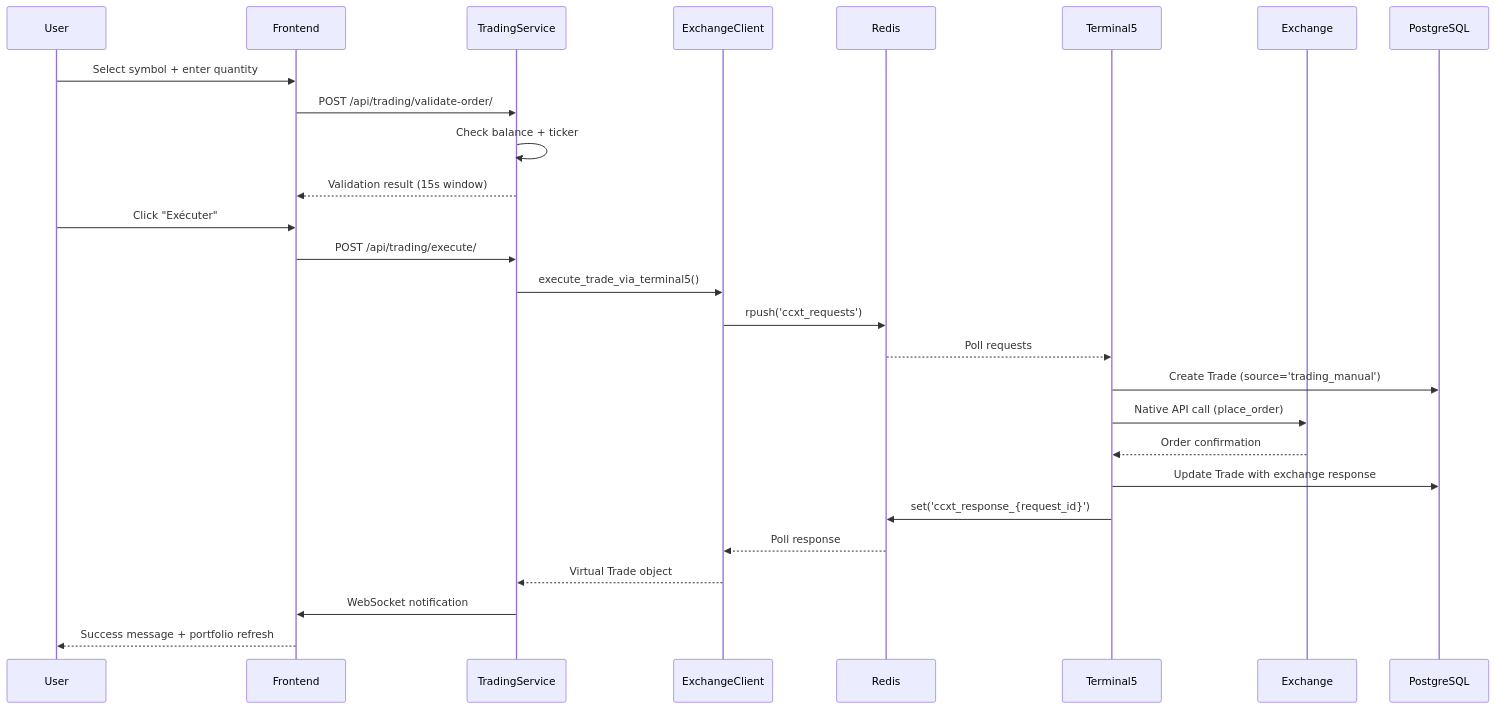
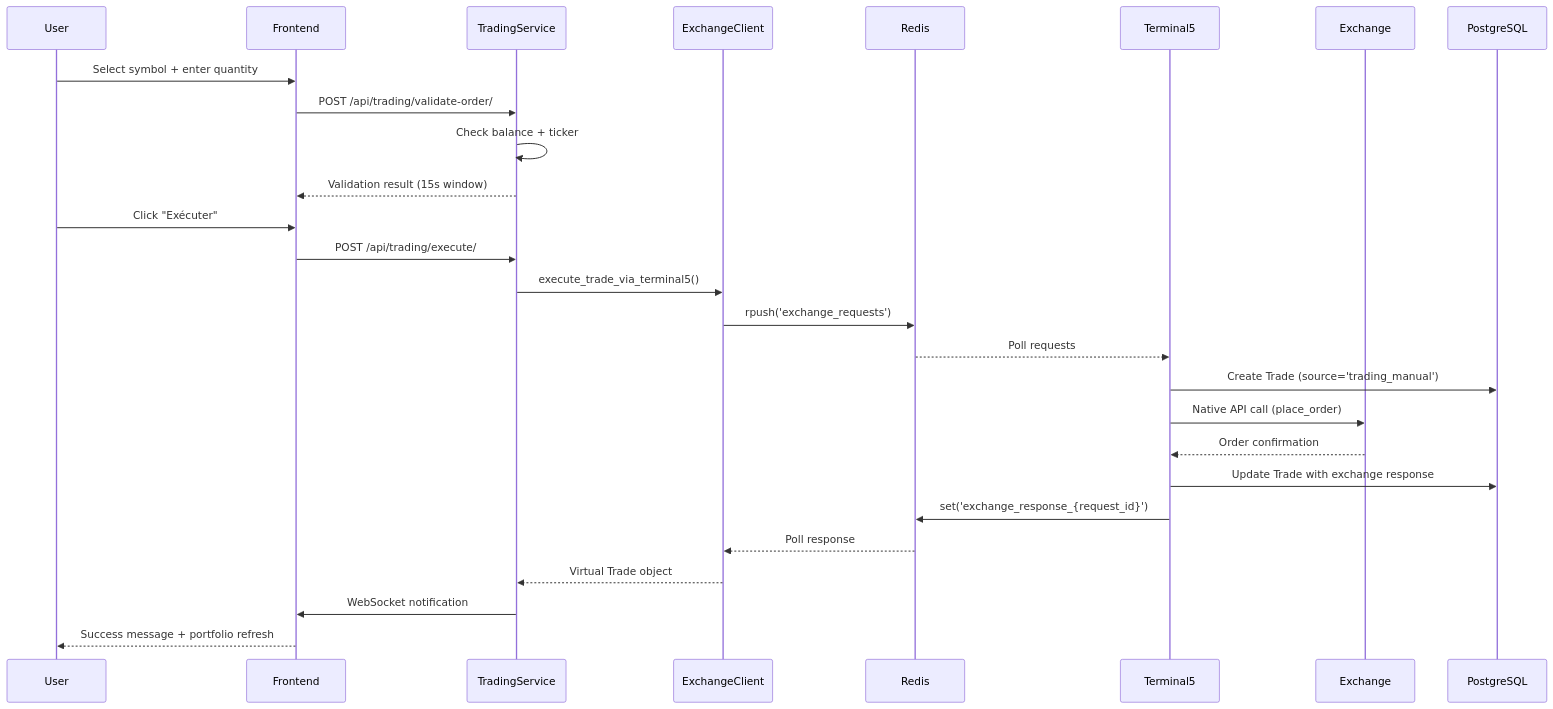
Before and after one commit to DanielCarnal/aristobot3: the third of 5 diagrams in docs/CODEBASE_MAP.md, drawn with Mermaid. The commit also changed other lines of this file and 20 other files, not shown here.

First line of the commit message:
REFACTORING: CCXT → Exchange - Renommage complet architecture native

````diff
--- a/docs/CODEBASE_MAP.md
+++ b/docs/CODEBASE_MAP.md
@@ -756,33 +761,33 @@
 ```mermaid
 sequenceDiagram
     participant User
     participant Frontend
     participant TradingService
     participant ExchangeClient
     participant Redis
     participant Terminal5
     participant Exchange
     participant PostgreSQL
 
     User->>Frontend: Select symbol + enter quantity
     Frontend->>TradingService: POST /api/trading/validate-order/
     TradingService->>TradingService: Check balance + ticker
     TradingService-->>Frontend: Validation result (15s window)
 
     User->>Frontend: Click "Exécuter"
     Frontend->>TradingService: POST /api/trading/execute/
     TradingService->>ExchangeClient: execute_trade_via_terminal5()
-    ExchangeClient->>Redis: rpush('ccxt_requests')
+    ExchangeClient->>Redis: rpush('exchange_requests')
 
     Redis-->>Terminal5: Poll requests
     Terminal5->>PostgreSQL: Create Trade (source='trading_manual')
     Terminal5->>Exchange: Native API call (place_order)
     Exchange-->>Terminal5: Order confirmation
     Terminal5->>PostgreSQL: Update Trade with exchange response
-    Terminal5->>Redis: set('ccxt_response_{request_id}')
+    Terminal5->>Redis: set('exchange_response_{request_id}')
 
     Redis-->>ExchangeClient: Poll response
     ExchangeClient-->>TradingService: Virtual Trade object
     TradingService->>Frontend: WebSocket notification
     Frontend-->>User: Success message + portfolio refresh
 ```
````
